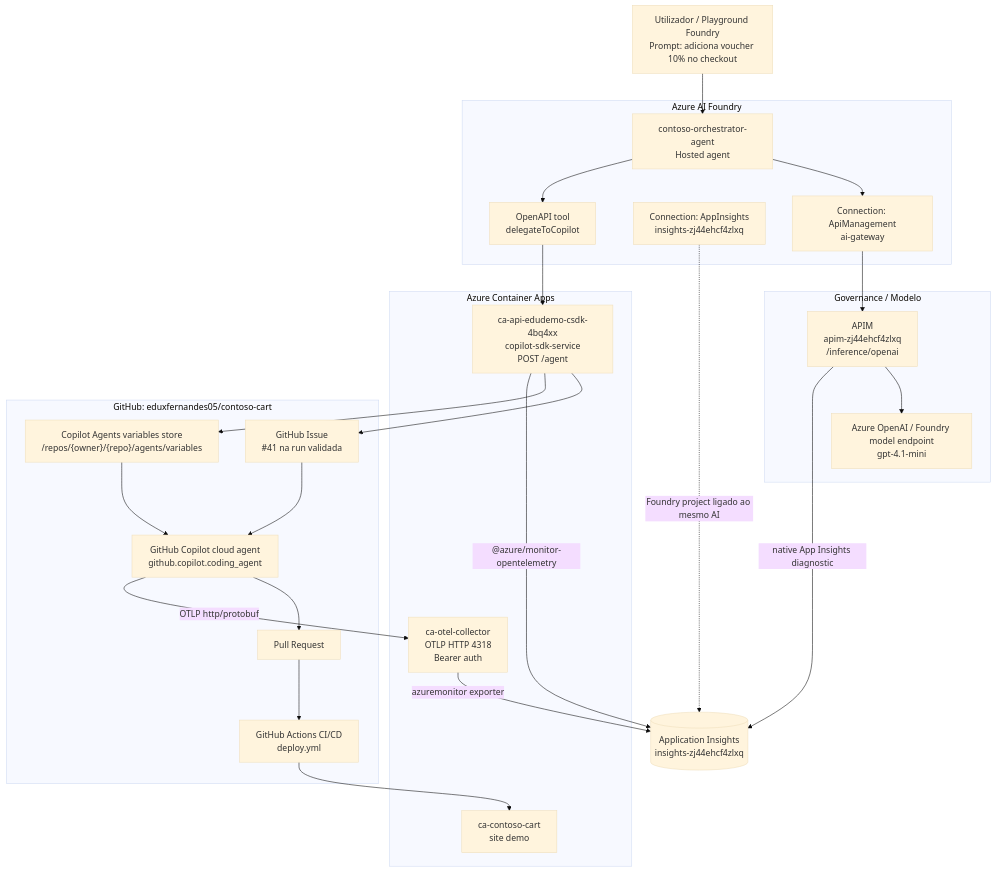
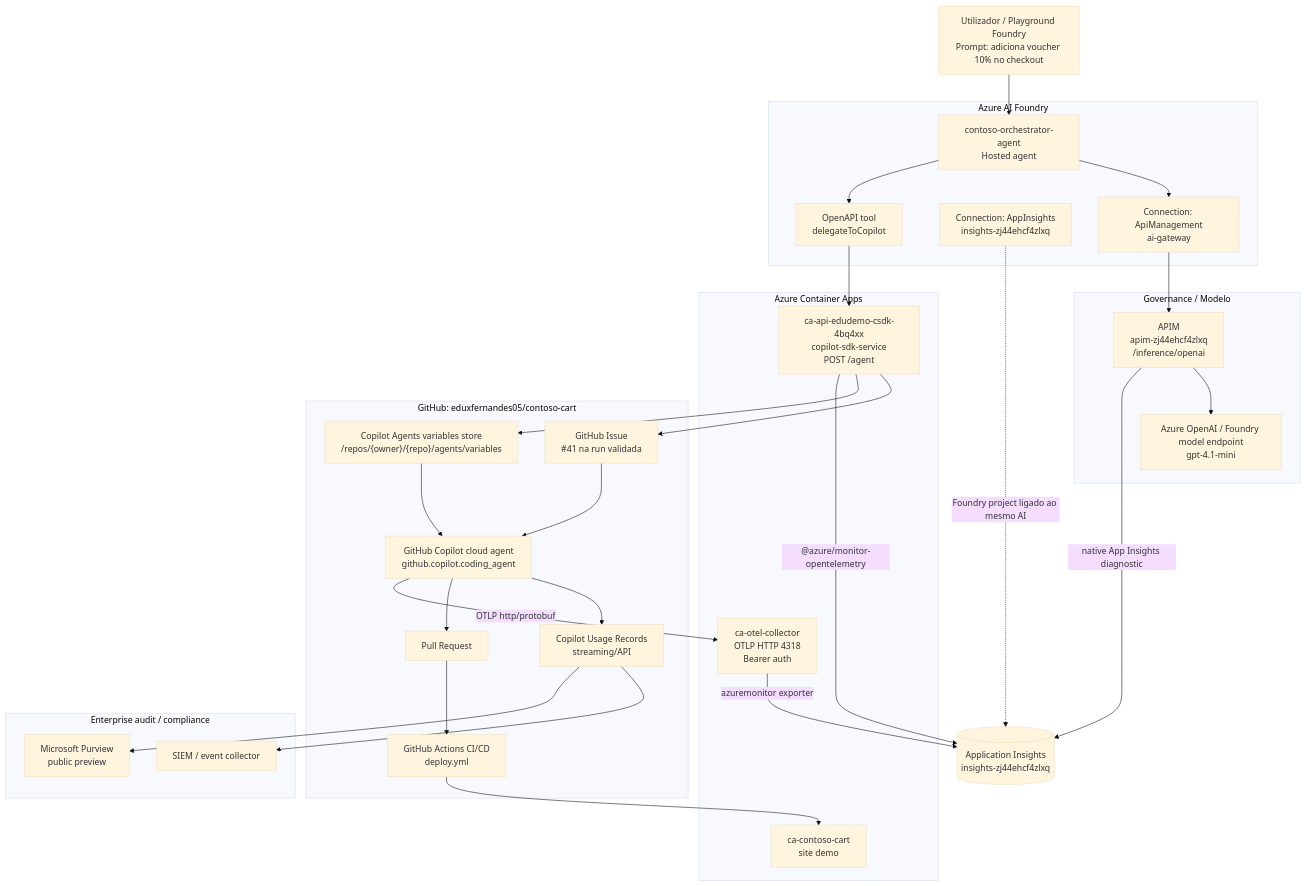
Before and after one commit to eduxfernandes05/agentic-sdlc-azure: the first of 8 diagrams in DIAGRAMA-OBSERVABILIDADE-E2E.md, drawn with Mermaid (base theme). The commit also changed other lines of this file and 6 other files, not shown here.

Commit message:
Add Copilot usage records audit plane

````diff
--- a/DIAGRAMA-OBSERVABILIDADE-E2E.md
+++ b/DIAGRAMA-OBSERVABILIDADE-E2E.md
@@ -16,53 +18,62 @@
 ```mermaid
 flowchart TB
     User["Utilizador / Playground Foundry<br/>Prompt: adiciona voucher 10% no checkout"]
 
     subgraph Foundry["Azure AI Foundry"]
         Agent["contoso-orchestrator-agent<br/>Hosted agent"]
         Tool["OpenAPI tool<br/>delegateToCopilot"]
         ConnAI["Connection: AppInsights<br/>insights-zj44ehcf4zlxq"]
         ConnAPIM["Connection: ApiManagement<br/>ai-gateway"]
     end
 
     subgraph Governance["Governance / Modelo"]
         APIM["APIM<br/>apim-zj44ehcf4zlxq<br/>/inference/openai"]
         Model["Azure OpenAI / Foundry model endpoint<br/>gpt-4.1-mini"]
     end
 
     subgraph ACA["Azure Container Apps"]
         API["ca-api-edudemo-csdk-4bq4xx<br/>copilot-sdk-service<br/>POST /agent"]
         Collector["ca-otel-collector<br/>OTLP HTTP 4318<br/>Bearer auth"]
         Cart["ca-contoso-cart<br/>site demo"]
     end
 
     subgraph GitHub["GitHub: eduxfernandes05/contoso-cart"]
         Issue["GitHub Issue<br/>#41 na run validada"]
         AgentStore["Copilot Agents variables store<br/>/repos/{owner}/{repo}/agents/variables"]
         CloudAgent["GitHub Copilot cloud agent<br/>github.copilot.coding_agent"]
+        UsageRecords["Copilot Usage Records<br/>streaming/API"]
         PR["Pull Request"]
         Actions["GitHub Actions CI/CD<br/>deploy.yml"]
+    end
+
+    subgraph Audit["Enterprise audit / compliance"]
+        SIEM["SIEM / event collector"]
+        Purview["Microsoft Purview<br/>public preview"]
     end
 
     AI[("Application Insights<br/>insights-zj44ehcf4zlxq")]
 
     User --> Agent
     Agent --> ConnAPIM
     ConnAPIM --> APIM
     APIM --> Model
     Agent --> Tool
     Tool --> API
 
     API --> Issue
     API --> AgentStore
     Issue --> CloudAgent
     AgentStore --> CloudAgent
+    CloudAgent --> UsageRecords
+    UsageRecords --> SIEM
+    UsageRecords --> Purview
     CloudAgent --> PR
     PR --> Actions
     Actions --> Cart
 
     APIM -- "native App Insights diagnostic" --> AI
     API -- "@azure/monitor-opentelemetry" --> AI
     CloudAgent -- "OTLP http/protobuf" --> Collector
     Collector -- "azuremonitor exporter" --> AI
     ConnAI -. "Foundry project ligado ao mesmo AI" .-> AI
 ```
````
